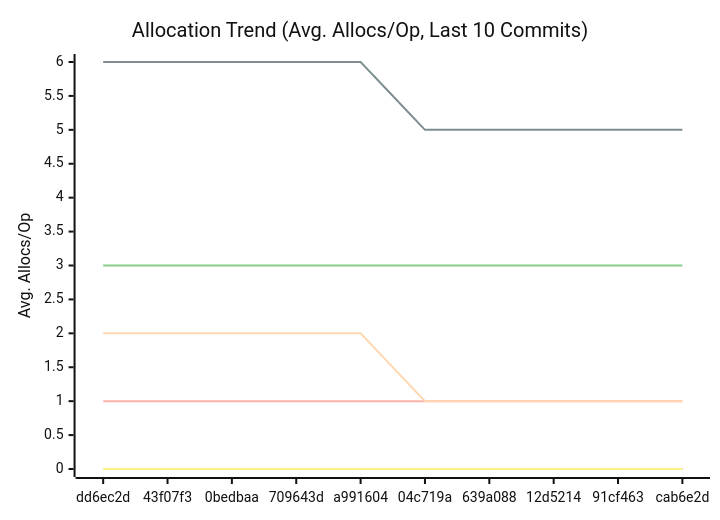
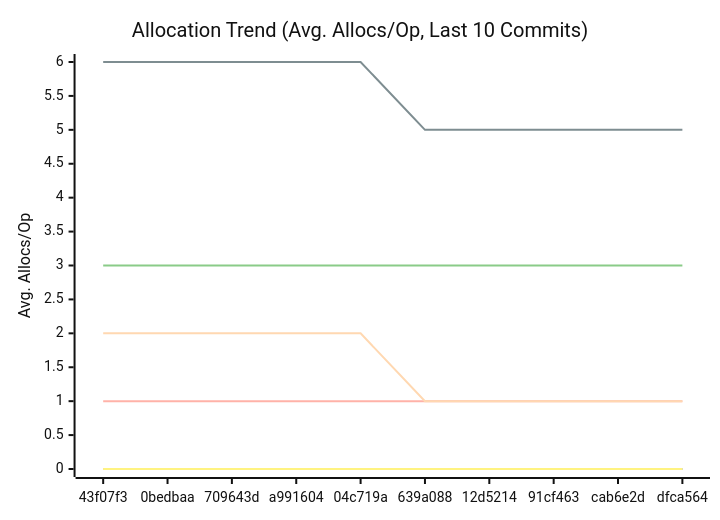
One commit to alsotoes/momo changed the third of 3 diagrams in docs/PERFORMANCE.md. Above: the diagram before and after it, drawn with Mermaid (neutral theme). The commit also changed other lines of this file and 3 other files, not shown here.

````diff
--- a/docs/PERFORMANCE.md
+++ b/docs/PERFORMANCE.md
@@ -114,16 +114,16 @@
 ```mermaid
 xychart-beta
     title "Allocation Trend (Avg. Allocs/Op, Last 10 Commits)"
     x-axis "Commit"
     y-axis "Avg. Allocs/Op"
-    x-axis [dd6ec2d,43f07f3,0bedbaa,709643d,a991604,04c719a,639a088,12d5214,91cf463,cab6e2d]
+    x-axis [43f07f3,0bedbaa,709643d,a991604,04c719a,639a088,12d5214,91cf463,cab6e2d,dfca564]
     line "CheckMetricsAndSwap" [0,0,0,0,0,0,0,0,0,0]
     line "CrushOptimized" [0,0,0,0,0,0,0,0,0,0]
     line "CrushOriginal" [3,3,3,3,3,3,3,3,3,3]
     line "IndexDirectTracking" [0,0,0,0,0,0,0,0,0,0]
     line "IndexSearch" [0,0,0,0,0,0,0,0,0,0]
     line "LoadGlobalConfig" [1,1,1,1,1,1,1,1,1,1]
     line "PadString" [0,0,0,0,0,0,0,0,0,0]
     line "ParseReplicationOrder_NoPrealloc" [6,6,6,6,6,5,5,5,5,5]
     line "ParseReplicationOrder_Prealloc" [2,2,2,2,2,1,1,1,1,1]
 ```
````
